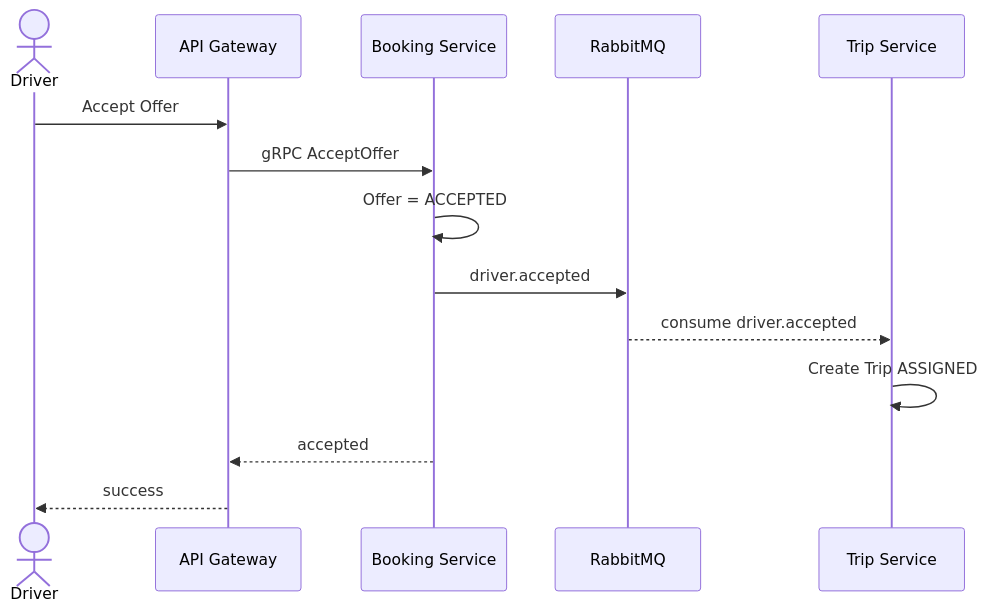
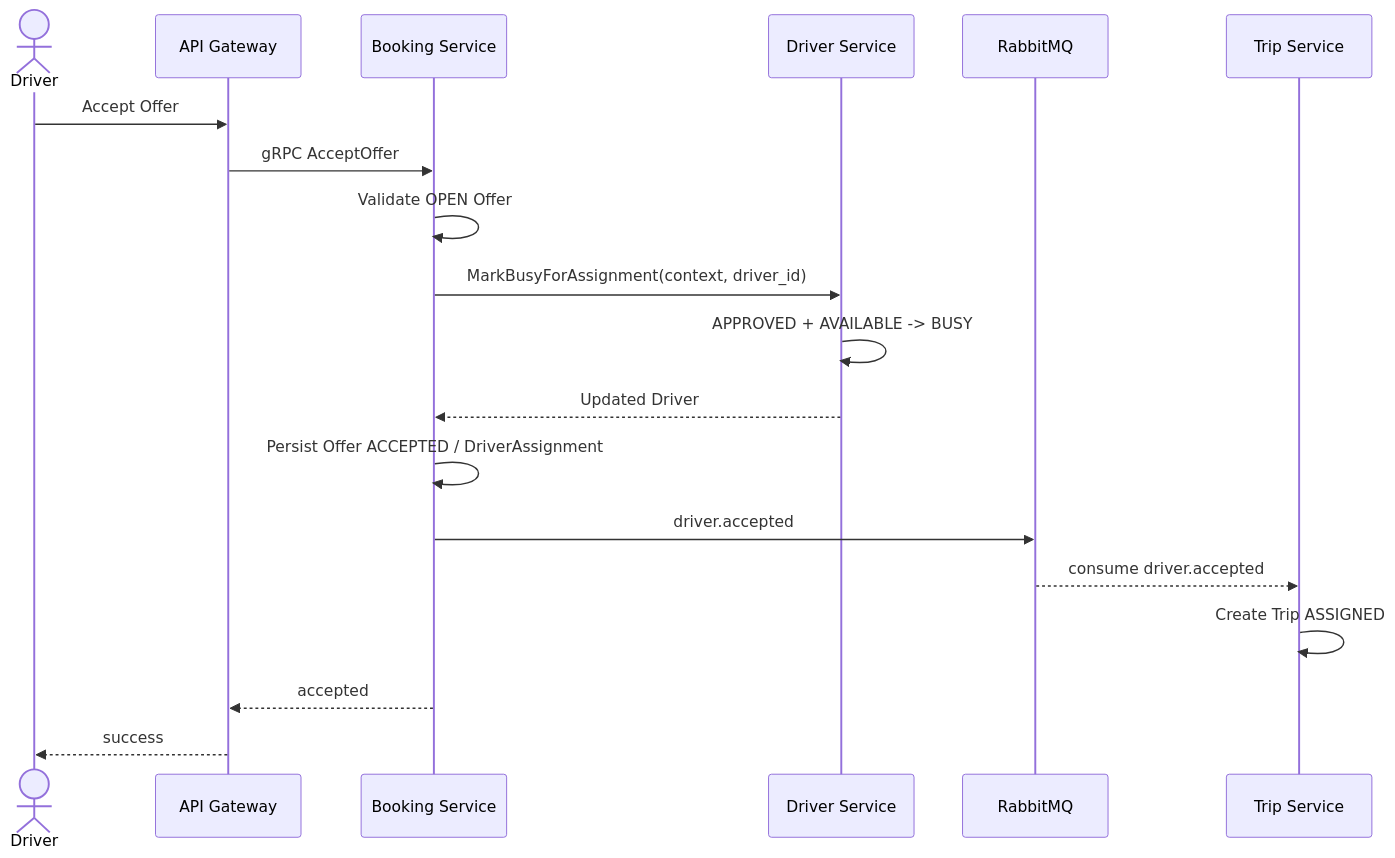
One commit to kanztran2605/23646731_TranQuocKhang_Cabsystem changed the ninth of 21 diagrams in docs/requirements/SRS.md. Above: the diagram before and after it, drawn with Mermaid. The commit also changed other lines of this file and 187 other files, not shown here.

Commit message:
feat: complete CAB microservice architecture MVP

````diff
--- a/docs/requirements/SRS.md
+++ b/docs/requirements/SRS.md
@@ -574,17 +574,22 @@
 ```mermaid
 sequenceDiagram
     actor D as Driver
     participant G as API Gateway
     participant B as Booking Service
+    participant DS as Driver Service
     participant MQ as RabbitMQ
     participant T as Trip Service
 
     D->>G: Accept Offer
     G->>B: gRPC AcceptOffer
-    B->>B: Offer = ACCEPTED
+    B->>B: Validate OPEN Offer
+    B->>DS: MarkBusyForAssignment(context, driver_id)
+    DS->>DS: APPROVED + AVAILABLE -> BUSY
+    DS-->>B: Updated Driver
+    B->>B: Persist Offer ACCEPTED / DriverAssignment
     B->>MQ: driver.accepted
     MQ-->>T: consume driver.accepted
     T->>T: Create Trip ASSIGNED
     B-->>G: accepted
     G-->>D: success
 ```
````
